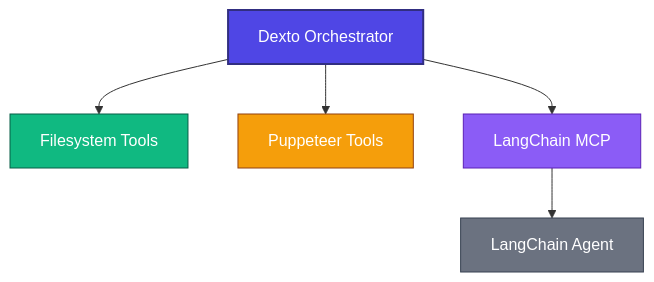
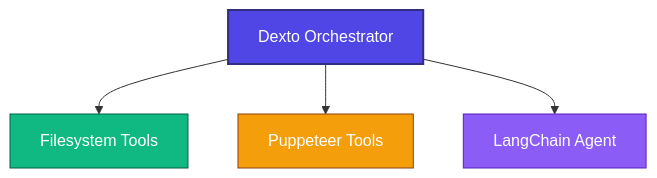
Before and after one commit to truffle-ai/dexto: the diagram in examples/dexto-langchain-integration/README.md, drawn with Mermaid. The commit also changed other lines of this file, not shown here.

Commit message:
updated README example

````diff
--- a/examples/dexto-langchain-integration/README.md
+++ b/examples/dexto-langchain-integration/README.md
@@ -7,14 +7,11 @@
 ```mermaid
 graph TD
     A[Dexto Orchestrator] --> B[Filesystem Tools]
     A --> C[Puppeteer Tools]
-    A --> D[LangChain MCP]
-    
-    D --> E[LangChain Agent]
+    A --> D[LangChain Agent]
     
     style A fill:#4f46e5,stroke:#312e81,stroke-width:2px,color:#fff
     style B fill:#10b981,stroke:#065f46,stroke-width:1px,color:#fff
     style C fill:#f59e0b,stroke:#92400e,stroke-width:1px,color:#fff
     style D fill:#8b5cf6,stroke:#5b21b6,stroke-width:1px,color:#fff
-    style E fill:#6b7280,stroke:#374151,stroke-width:1px,color:#fff
 ```
````
